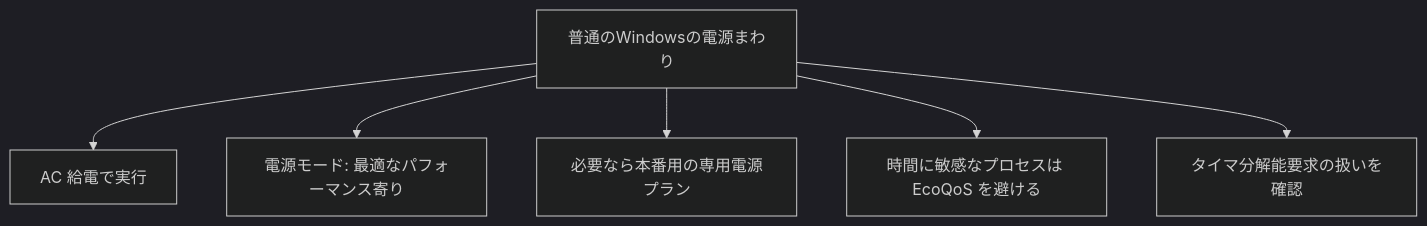
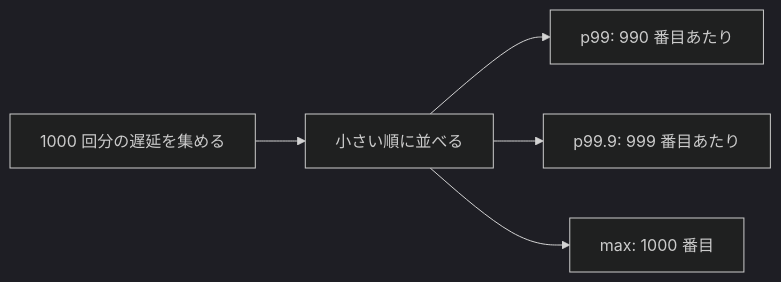
Before and after one commit to gomurin0428/KomuraSoftWeb: the seventh of 7 diagrams in _posts/2026-03-09-000-windows-soft-realtime-practical-guide-natural.md, drawn with Mermaid (dark theme). The commit also changed other lines of this file, not shown here.

````diff
--- a/_posts/2026-03-09-000-windows-soft-realtime-practical-guide-natural.md
+++ b/_posts/2026-03-09-000-windows-soft-realtime-practical-guide-natural.md
@@ -415,8 +447,7 @@
 ```mermaid
-flowchart TD
-    Power["普通のWindowsの電源まわり"] --> AC["AC 給電で実行"]
-    Power --> Mode["電源モード: 最適なパフォーマンス寄り"]
-    Power --> Plan["必要なら本番用の専用電源プラン"]
-    Power --> QoS["時間に敏感なプロセスは EcoQoS を避ける"]
-    Power --> Timer["タイマ分解能要求の扱いを確認"]
+flowchart LR
+    sample["1000 回分の遅延を集める"] --> sort["小さい順に並べる"]
+    sort --> p99["p99: 990 番目あたり"]
+    sort --> p999["p99.9: 999 番目あたり"]
+    sort --> max["max: 1000 番目"]
 ```
````
